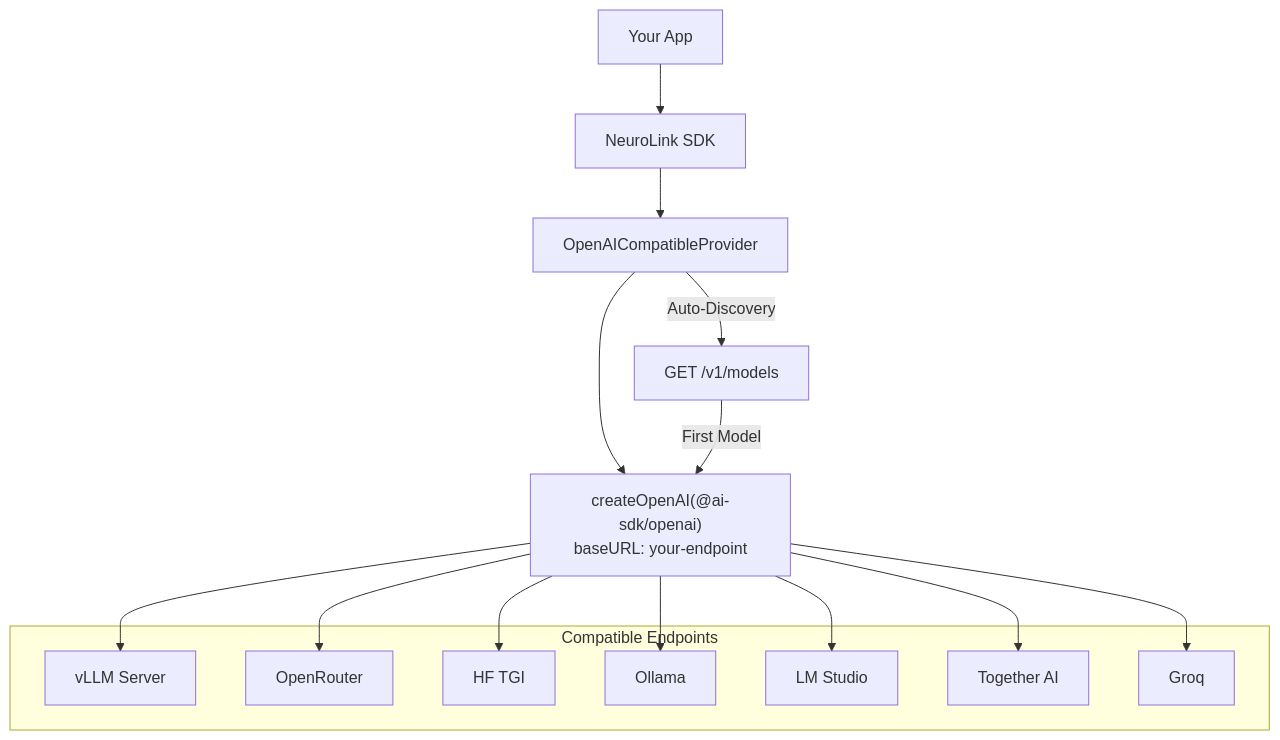
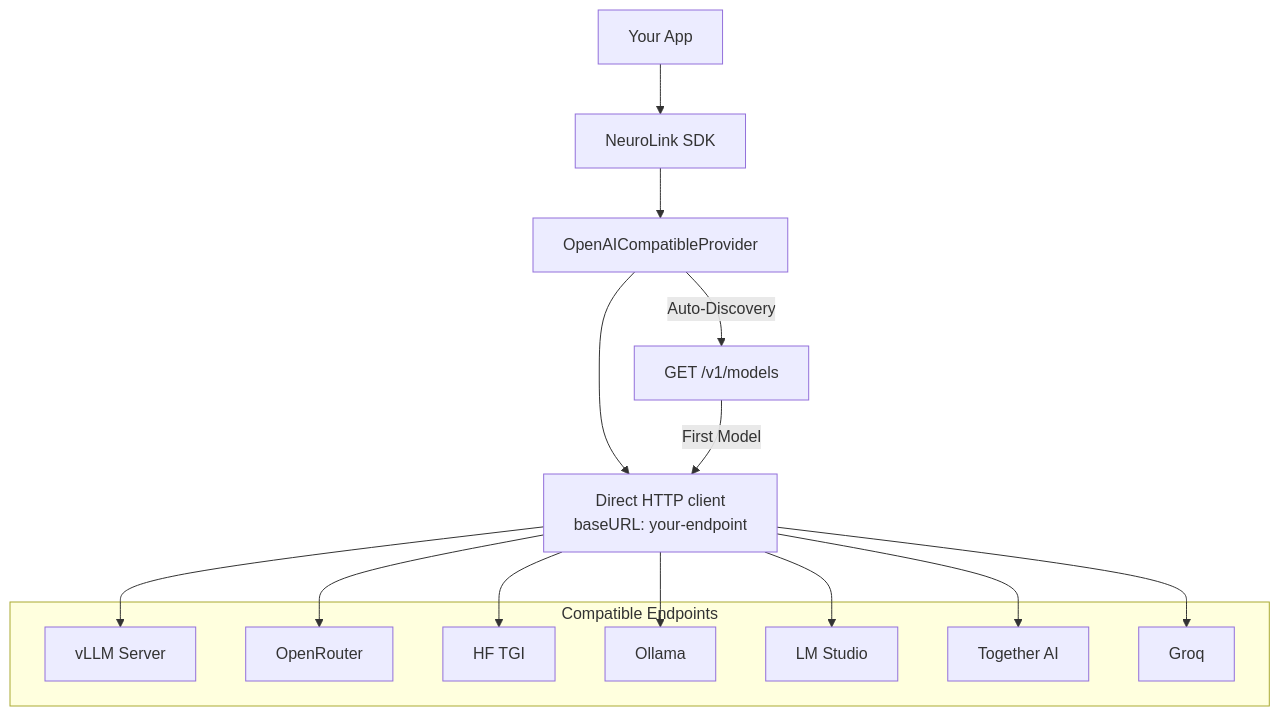
One commit to juspay/neurolink-blog changed the diagram in _posts/2025-08-08-openai-compatible-endpoints.md. Above: the diagram before and after it, drawn with Mermaid. The commit also changed other lines of this file and 172 other files, not shown here.

````diff
--- a/_posts/2025-08-08-openai-compatible-endpoints.md
+++ b/_posts/2025-08-08-openai-compatible-endpoints.md
@@ -305,27 +300,27 @@
 ```mermaid
 flowchart TB
     A[Your App] --> B[NeuroLink SDK]
     B --> C[OpenAICompatibleProvider]
-    C --> D["createOpenAI(@ai-sdk/openai)<br/>baseURL: your-endpoint"]
+    C --> D["Direct HTTP client<br/>baseURL: your-endpoint"]
 
     C -->|Auto-Discovery| E[GET /v1/models]
     E -->|First Model| D
 
     subgraph "Compatible Endpoints"
         F[vLLM Server]
         G[OpenRouter]
         H[HF TGI]
         I[Ollama]
         J[LM Studio]
         K[Together AI]
         L[Groq]
     end
 
     D --> F
     D --> G
     D --> H
     D --> I
     D --> J
     D --> K
     D --> L
 ```
````
